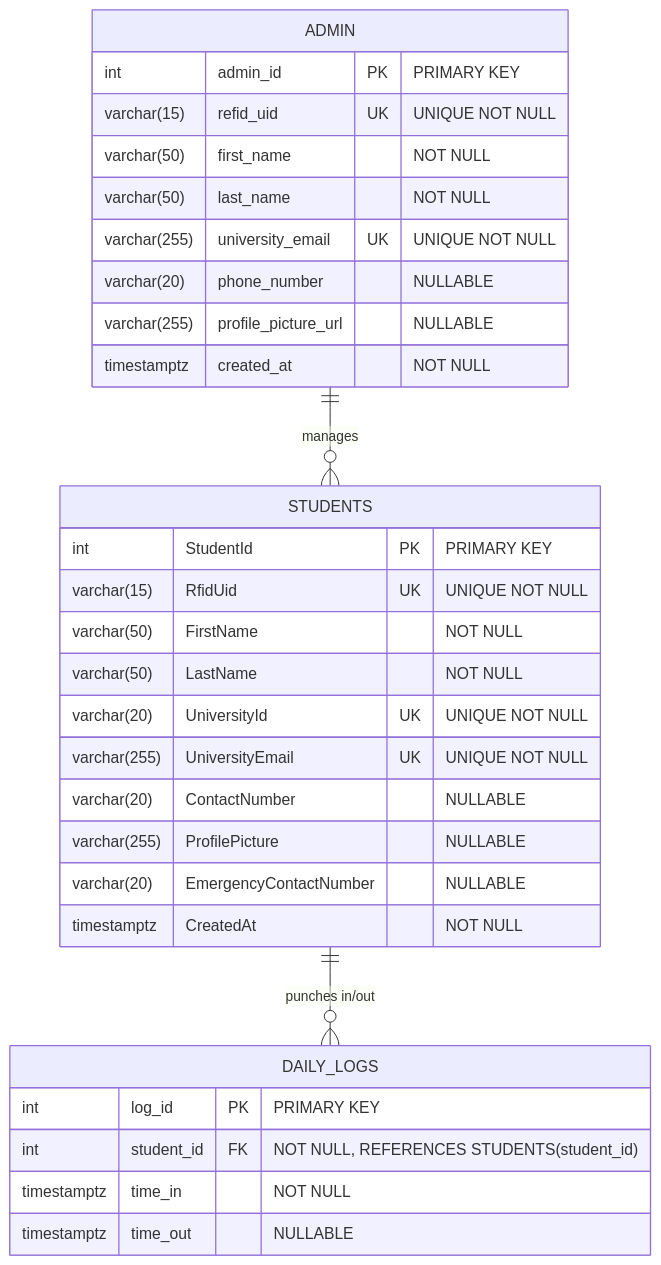
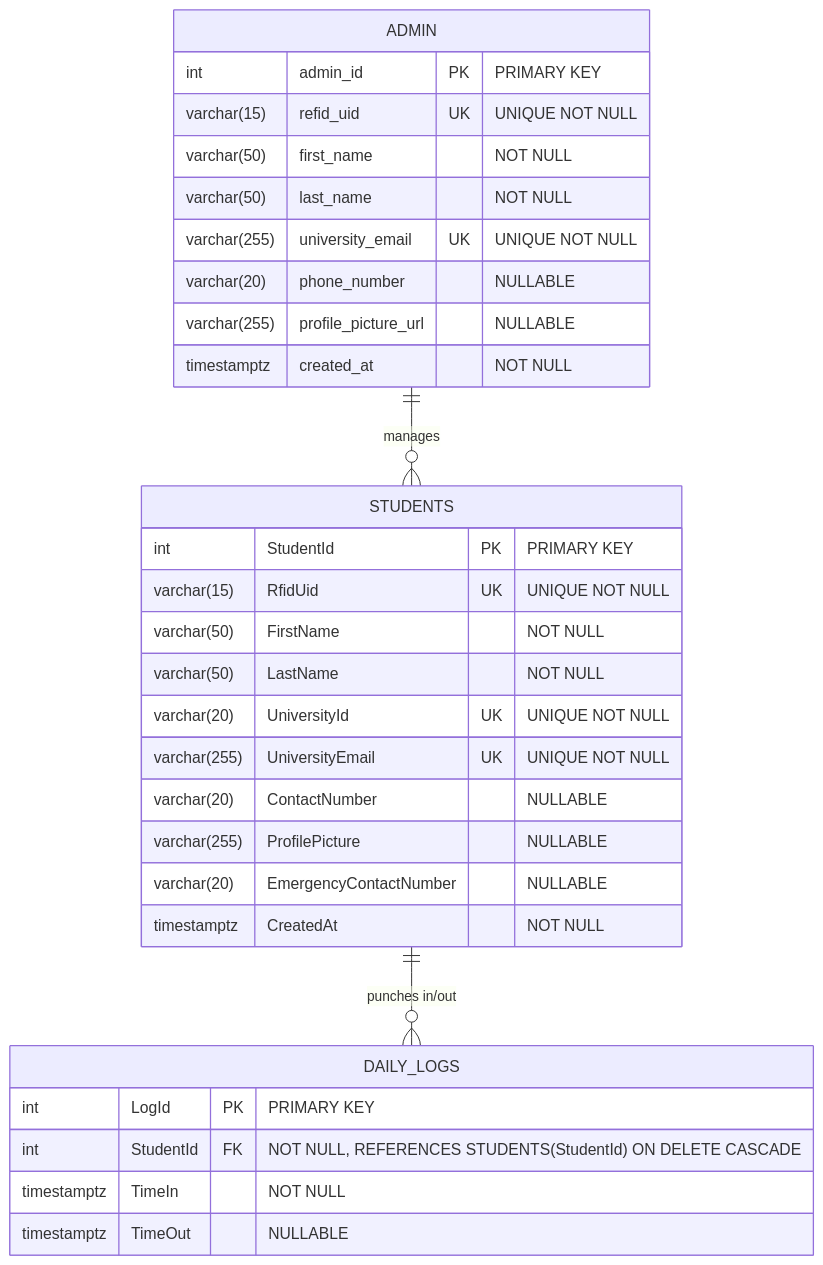
Before and after one commit to ThomasDelamort/NUSIS-I2: the diagram in ERD.mmd, drawn with Mermaid. The commit also changed 9 other files, not shown here.

```diff
--- a/ERD.mmd
+++ b/ERD.mmd
@@ -1,34 +1,34 @@
 erDiagram
     STUDENTS {
         int StudentId PK "PRIMARY KEY"
         varchar(15) RfidUid UK "UNIQUE NOT NULL"
         varchar(50) FirstName "NOT NULL"
         varchar(50) LastName "NOT NULL"
         varchar(20) UniversityId UK "UNIQUE NOT NULL"
         varchar(255) UniversityEmail UK "UNIQUE NOT NULL"
         varchar(20) ContactNumber "NULLABLE"
         varchar(255) ProfilePicture "NULLABLE"
         varchar(20) EmergencyContactNumber "NULLABLE"
         timestamptz CreatedAt "NOT NULL"
     }
 
     ADMIN {
         int admin_id PK "PRIMARY KEY"
         varchar(15) refid_uid UK "UNIQUE NOT NULL"
         varchar(50) first_name "NOT NULL"
         varchar(50) last_name "NOT NULL"
         varchar(255) university_email UK "UNIQUE NOT NULL"
         varchar(20) phone_number "NULLABLE"
         varchar(255) profile_picture_url "NULLABLE"
         timestamptz created_at "NOT NULL"
     }
 
     DAILY_LOGS {
-        int log_id PK "PRIMARY KEY"
-        int student_id FK "NOT NULL, REFERENCES STUDENTS(student_id)"
-        timestamptz time_in "NOT NULL"
-        timestamptz time_out "NULLABLE"
+        int LogId PK "PRIMARY KEY"
+        int StudentId FK "NOT NULL, REFERENCES STUDENTS(StudentId) ON DELETE CASCADE"
+        timestamptz TimeIn "NOT NULL"
+        timestamptz TimeOut "NULLABLE"
     }
 
     ADMIN ||--o{ STUDENTS : "manages"
     STUDENTS ||--o{ DAILY_LOGS : "punches in/out"
```
